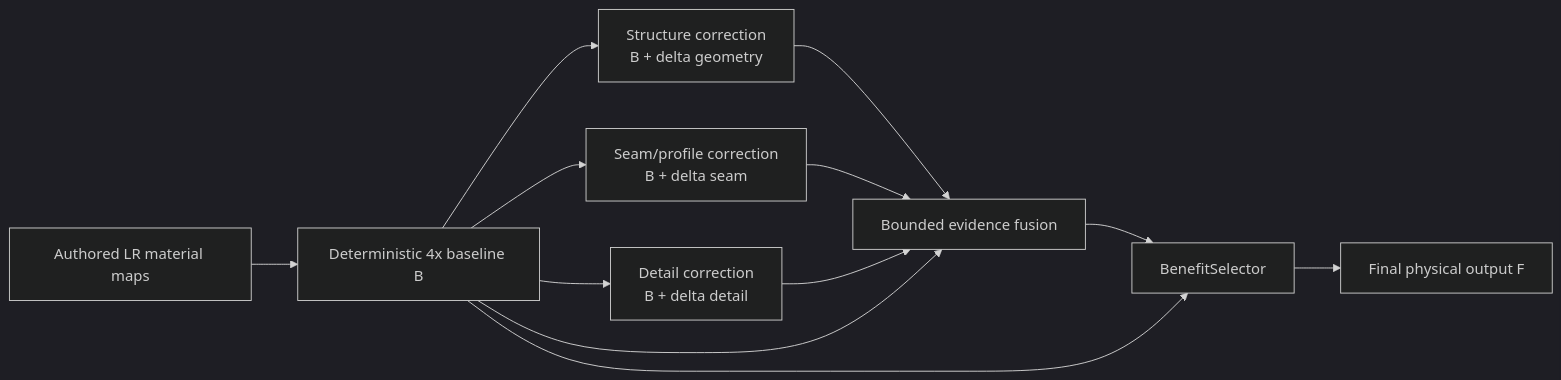
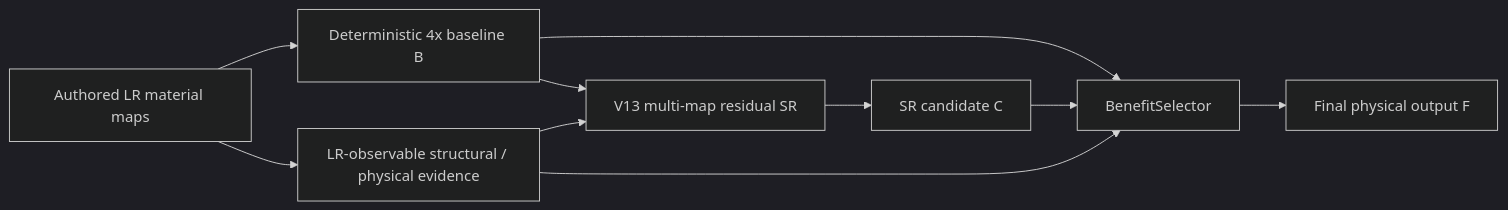
Before and after one commit to JamieShelley/trinity: the diagram in tools/nsamdr/README.md, drawn with Mermaid (dark theme). The commit also changed other lines of this file and 50 other files, not shown here.

````diff
--- a/tools/nsamdr/README.md
+++ b/tools/nsamdr/README.md
@@ -55,14 +85,12 @@
 ```mermaid
 flowchart LR
     LR[Authored LR material maps] --> B[Deterministic 4x baseline B]
-    B --> G[Structure correction\nB + delta geometry]
-    B --> S[Seam/profile correction\nB + delta seam]
-    B --> D[Detail correction\nB + delta detail]
-    G --> FUSION[Bounded evidence fusion]
-    S --> FUSION
-    D --> FUSION
-    B --> FUSION
-    FUSION --> SEL[BenefitSelector]
-    B --> SEL
+    LR --> E[LR-observable structural / physical evidence]
+    B --> SR[V13 multi-map residual SR]
+    E --> SR
+    SR --> C[SR candidate C]
+    B --> SEL[BenefitSelector]
+    C --> SEL
+    E --> SEL
     SEL --> F[Final physical output F]
 ```
````
